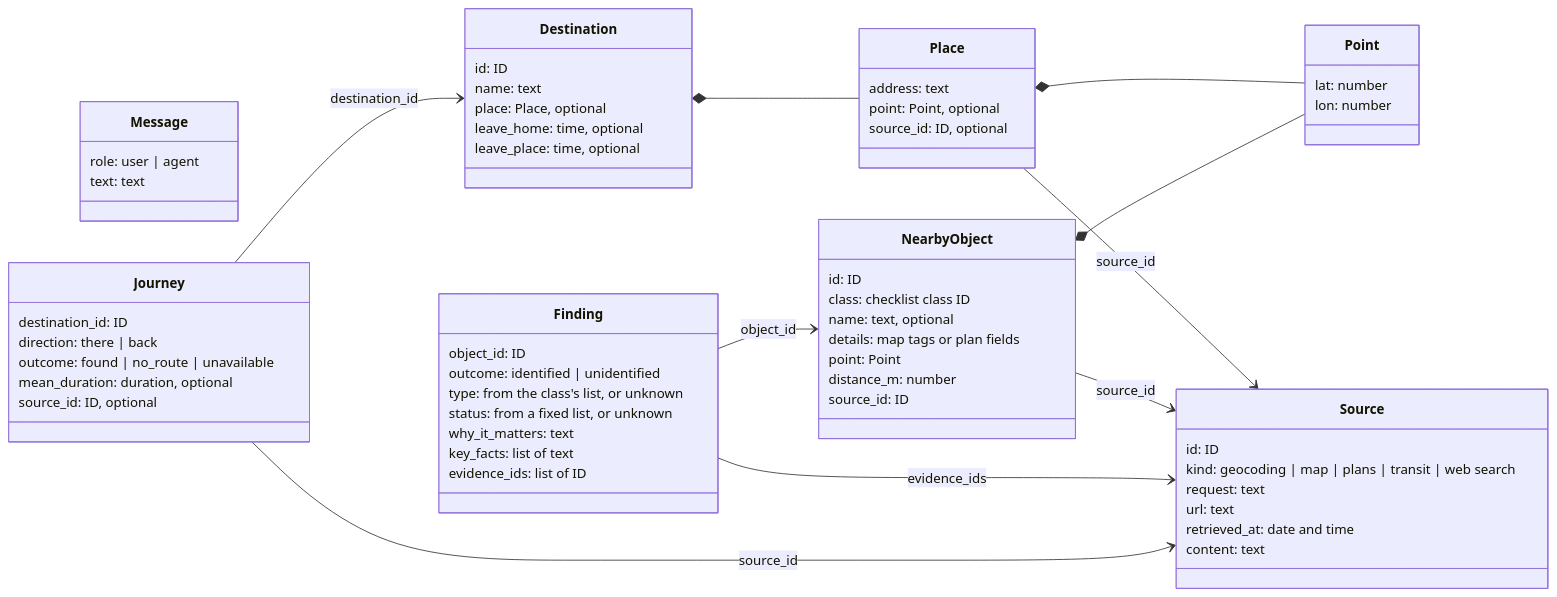
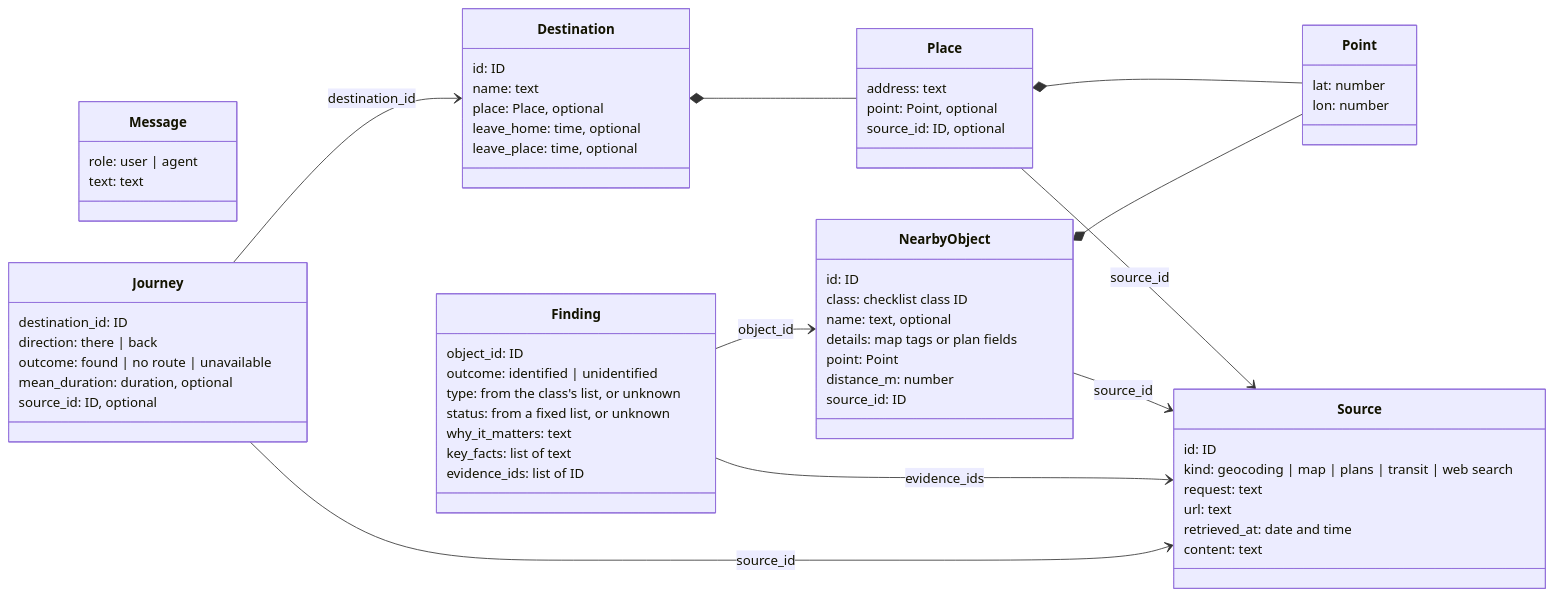
Before and after one commit to avashchenkov/out-of-frame: the second of 2 diagrams in docs/architecture.md, drawn with Mermaid. The commit also changed other lines of this file, not shown here.

````diff
--- a/docs/architecture.md
+++ b/docs/architecture.md
@@ -209,66 +210,66 @@
 ```mermaid
 classDiagram
     direction LR
     class Message {
         role: user | agent
         text: text
     }
     class Place {
         address: text
         point: Point, optional
         source_id: ID, optional
     }
     class Point {
         lat: number
         lon: number
     }
     class Destination {
         id: ID
         name: text
         place: Place, optional
         leave_home: time, optional
         leave_place: time, optional
     }
     class Source {
         id: ID
         kind: geocoding | map | plans | transit | web search
         request: text
         url: text
         retrieved_at: date and time
         content: text
     }
     class NearbyObject {
         id: ID
         class: checklist class ID
         name: text, optional
         details: map tags or plan fields
         point: Point
         distance_m: number
         source_id: ID
     }
     class Finding {
         object_id: ID
         outcome: identified | unidentified
         type: from the class's list, or unknown
         status: from a fixed list, or unknown
         why_it_matters: text
         key_facts: list of text
         evidence_ids: list of ID
     }
     class Journey {
         destination_id: ID
         direction: there | back
-        outcome: found | no_route | unavailable
+        outcome: found | no route | unavailable
         mean_duration: duration, optional
         source_id: ID, optional
     }
     Destination *-- Place
     Place *-- Point
     Place --> Source : source_id
     NearbyObject *-- Point
     NearbyObject --> Source : source_id
     Finding --> NearbyObject : object_id
     Finding --> Source : evidence_ids
     Journey --> Destination : destination_id
     Journey --> Source : source_id
 ```
````
